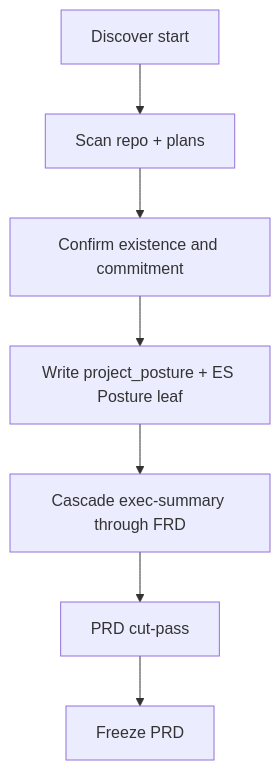
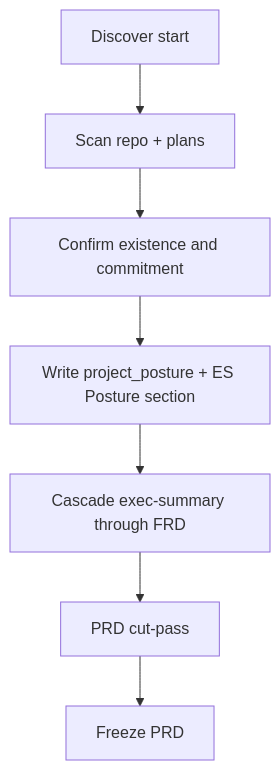
Before and after one commit to rr-agentic-kit/ai-plugins: the diagram in plugins/rrraw/skills/rr-planner/refs/project-posture.md, drawn with Mermaid. The commit also changed other lines of this file and 18 other files, not shown here.

````diff
--- a/plugins/rrraw/skills/rr-planner/refs/project-posture.md
+++ b/plugins/rrraw/skills/rr-planner/refs/project-posture.md
@@ -22,9 +22,9 @@
 ```mermaid
 flowchart TD
   start[Discover start] --> scan[Scan repo + plans]
   scan --> confirm[Confirm existence and commitment]
-  confirm --> persist[Write project_posture + ES Posture leaf]
+  confirm --> persist[Write project_posture + ES Posture section]
   persist --> cascade[Cascade exec-summary through FRD]
   cascade --> cut[PRD cut-pass]
   cut --> freeze[Freeze PRD]
 ```
````
